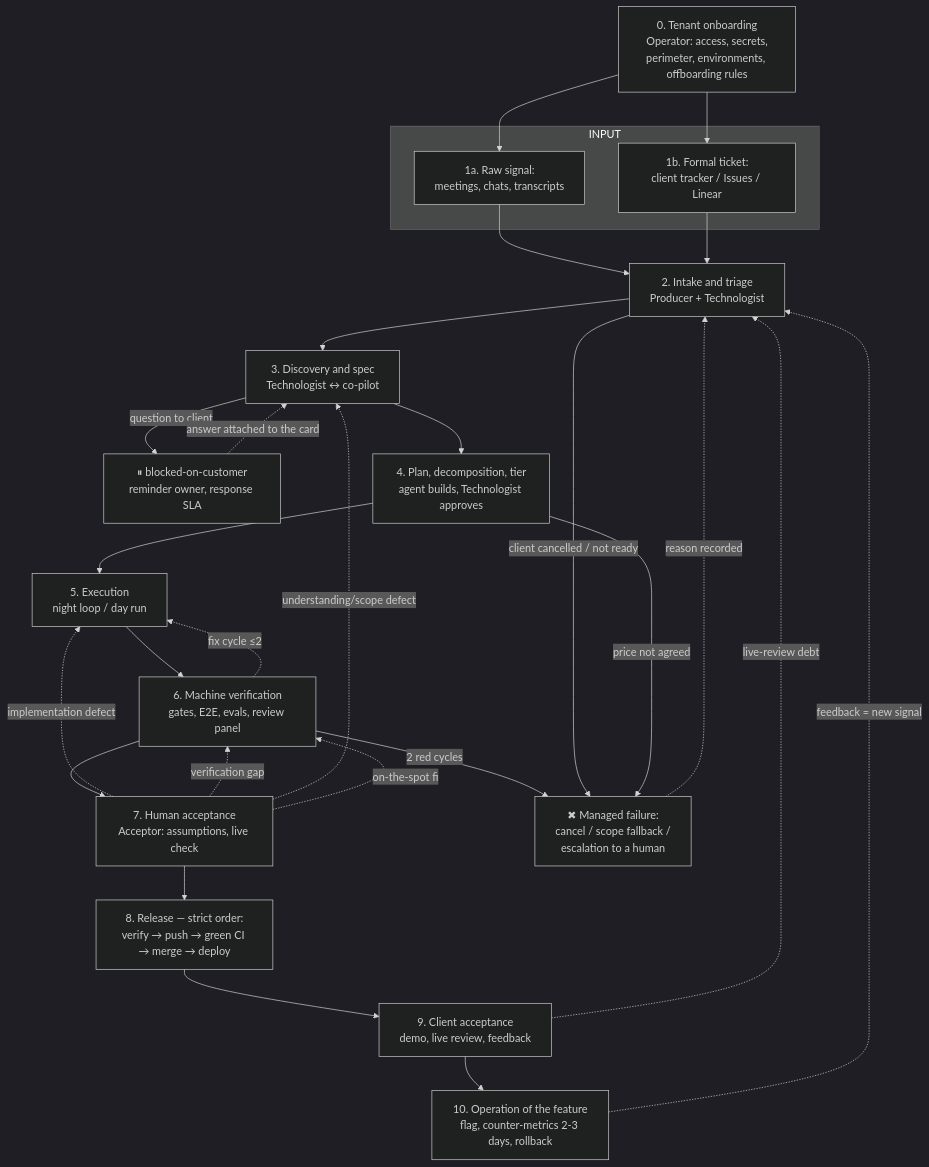
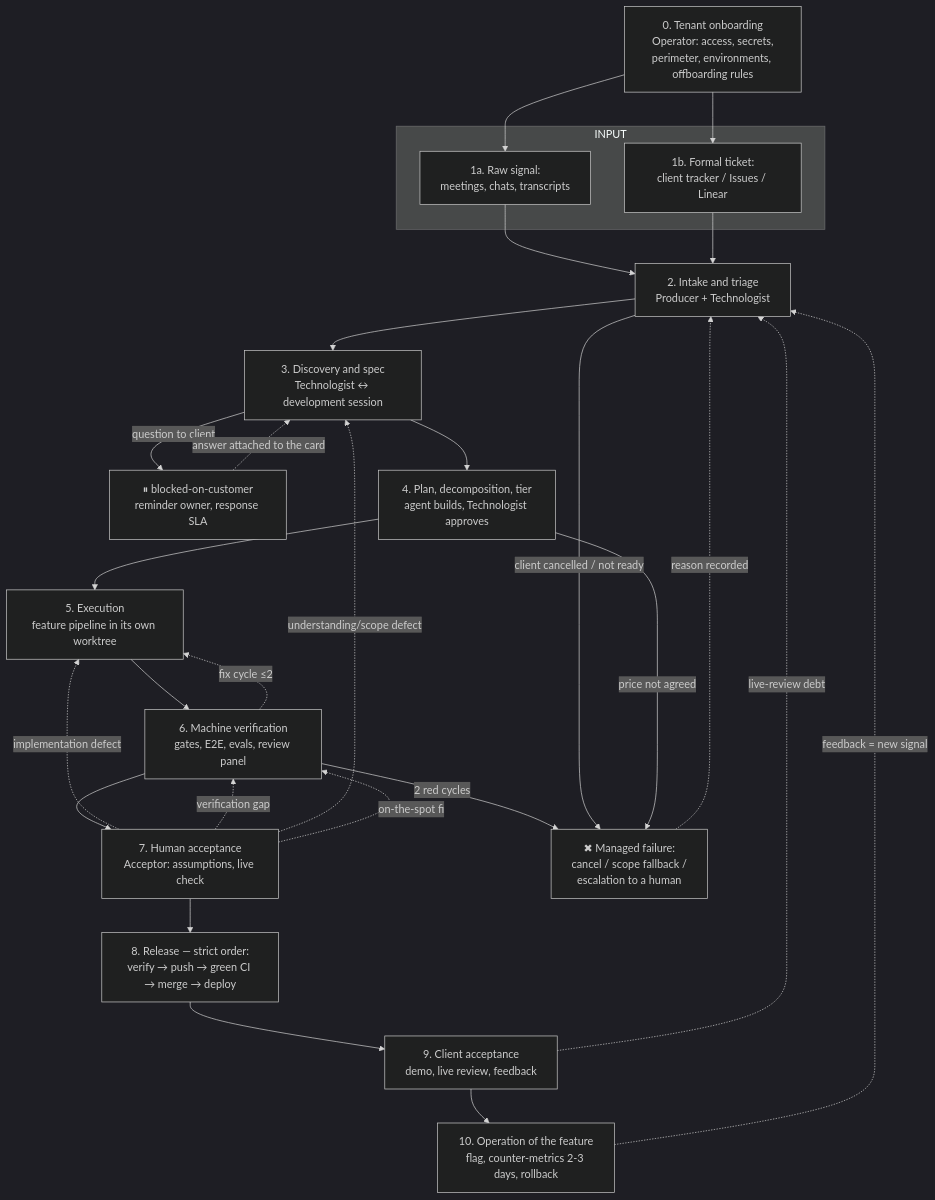
Before and after one commit to ruslantrachuk/dark-factory: the diagram in docs/map.md, drawn with Mermaid (dark theme). The commit also changed other lines of this file and 11 other files, not shown here.

````diff
--- a/docs/map.md
+++ b/docs/map.md
@@ -36,37 +38,37 @@
 ```mermaid
 flowchart TB
     Z[0. Tenant onboarding<br/>Operator: access, secrets,<br/>perimeter, environments, offboarding rules]
     subgraph INPUT
         A1[1a. Raw signal:<br/>meetings, chats, transcripts]
         A2[1b. Formal ticket:<br/>client tracker / Issues / Linear]
     end
     B[2. Intake and triage<br/>Producer + Technologist]
-    C[3. Discovery and spec<br/>Technologist ↔ co-pilot]
+    C[3. Discovery and spec<br/>Technologist ↔ development session]
     W[⏸ blocked-on-customer<br/>reminder owner, response SLA]
     D[4. Plan, decomposition, tier<br/>agent builds, Technologist approves]
-    E[5. Execution<br/>night loop / day run]
+    E[5. Execution<br/>feature pipeline in its own worktree]
     F[6. Machine verification<br/>gates, E2E, evals, review panel]
     G[7. Human acceptance<br/>Acceptor: assumptions, live check]
     H[8. Release — strict order:<br/>verify → push → green CI → merge → deploy]
     I[9. Client acceptance<br/>demo, live review, feedback]
     J[10. Operation of the feature<br/>flag, counter-metrics 2-3 days, rollback]
     X[✖ Managed failure:<br/>cancel / scope fallback /<br/>escalation to a human]
 
     Z --> A1
     Z --> A2
     A1 --> B
     A2 --> B
     B --> C --> D --> E --> F --> G --> H --> I --> J
     C -->|question to client| W -.answer attached to the card.-> C
     J -.feedback = new signal.-> B
     I -.live-review debt.-> B
     F -.fix cycle ≤2.-> E
     F -->|2 red cycles| X
     G -.implementation defect.-> E
     G -.verification gap.-> F
     G -.understanding/scope defect.-> C
     G -.on-the-spot fix.-> F
     B -->|client cancelled / not ready| X
     D -->|price not agreed| X
     X -.reason recorded.-> B
 ```
````
